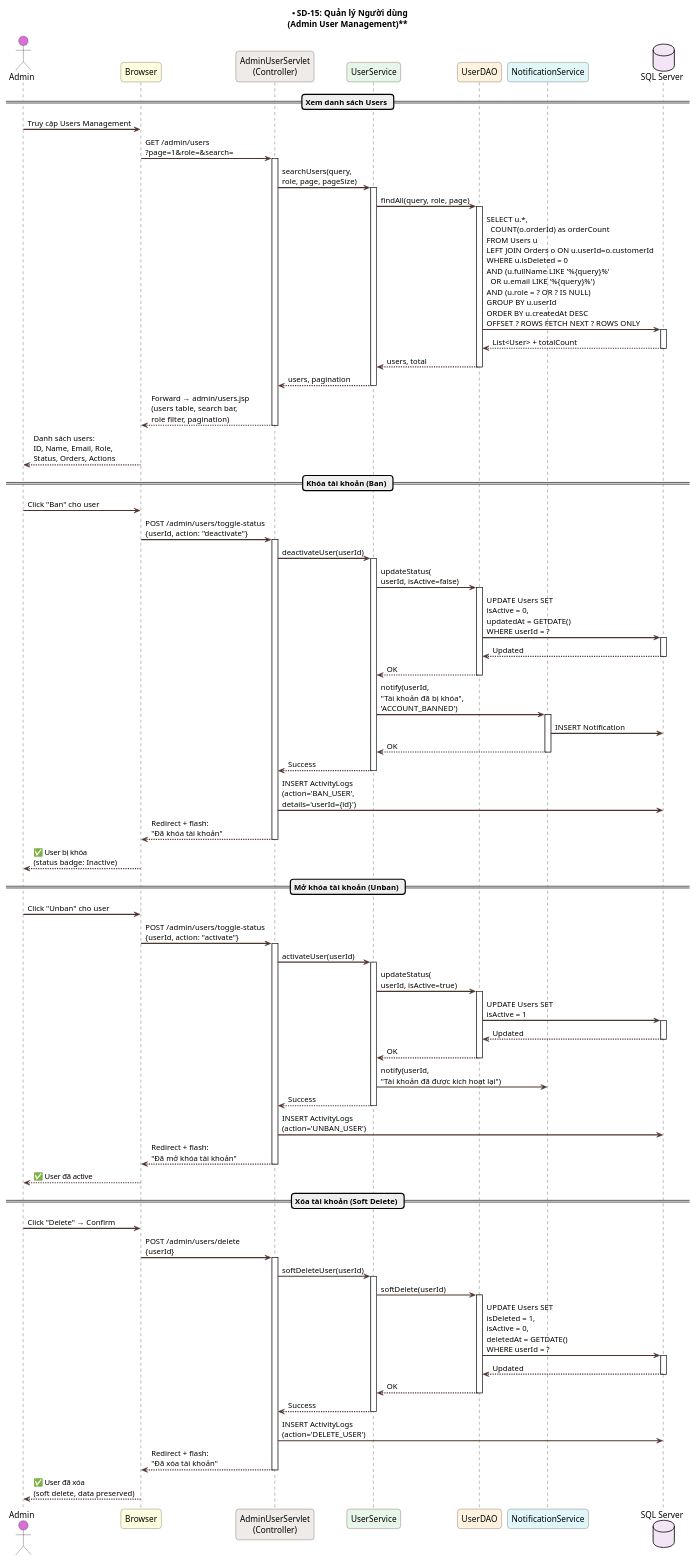
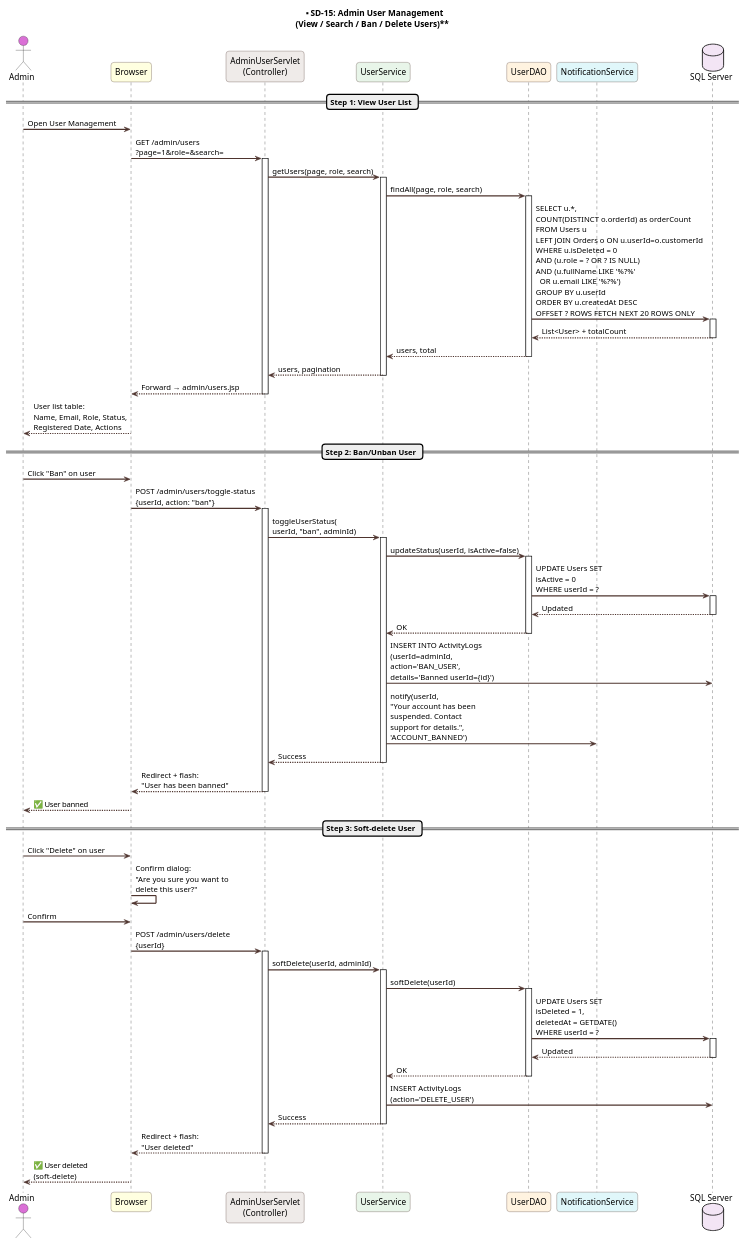
Before and after one commit to dghoang/PRJ301_GROUP7_SELLING_TICKET: the diagram in SellingTicketJava/docs/diagrams/SD_15_AdminUserManagement.puml, drawn with PlantUML. The commit also changed 62 other files, not shown here.

```diff
--- a/SellingTicketJava/docs/diagrams/SD_15_AdminUserManagement.puml
+++ b/SellingTicketJava/docs/diagrams/SD_15_AdminUserManagement.puml
@@ -1,125 +1,103 @@
 @startuml SD_15_AdminUserManagement
 ' ============================================================
-' SEQUENCE DIAGRAM - Quản lý Người dùng (Admin)
-' FR-42: Admin xem, tìm kiếm, khóa/mở khóa, xóa user
+' SEQUENCE DIAGRAM - Admin User Management
+' FR-42~FR-44: CRUD Users + Ban/Unban + Search/Filter
 ' ============================================================
 
-title **SD-15: Quản lý Người dùng\n(Admin User Management)**
+title **SD-15: Admin User Management\n(View / Search / Ban / Delete Users)**
 
 skinparam sequenceArrowThickness 2
 skinparam roundcorner 10
 skinparam sequence {
     ParticipantBackgroundColor #EFEBE9
     ParticipantBorderColor #4E342E
     ArrowColor #4E342E
 }
 
 actor "Admin" as Admin #Orchid
 participant "Browser" as Browser #LightYellow
 participant "AdminUserServlet\n(Controller)" as Controller #EFEBE9
 participant "UserService" as Service #E8F5E9
 participant "UserDAO" as DAO #FFF3E0
 participant "NotificationService" as NotifSvc #E0F7FA
 database "SQL Server" as DB #F3E5F5
 
-== Xem danh sách Users ==
+== Step 1: View User List ==
 
-Admin -> Browser: Truy cập Users Management
+Admin -> Browser: Open User Management
 Browser -> Controller: GET /admin/users\n?page=1&role=&search=
 activate Controller
-
-Controller -> Service: searchUsers(query,\nrole, page, pageSize)
+Controller -> Service: getUsers(page, role, search)
 activate Service
-Service -> DAO: findAll(query, role, page)
+Service -> DAO: findAll(page, role, search)
 activate DAO
-DAO -> DB: SELECT u.*, \n  COUNT(o.orderId) as orderCount\nFROM Users u\nLEFT JOIN Orders o ON u.userId=o.customerId\nWHERE u.isDeleted = 0\nAND (u.fullName LIKE '%{query}%'\n  OR u.email LIKE '%{query}%')\nAND (u.role = ? OR ? IS NULL)\nGROUP BY u.userId\nORDER BY u.createdAt DESC\nOFFSET ? ROWS FETCH NEXT ? ROWS ONLY
+DAO -> DB: SELECT u.*, \nCOUNT(DISTINCT o.orderId) as orderCount\nFROM Users u\nLEFT JOIN Orders o ON u.userId=o.customerId\nWHERE u.isDeleted = 0\nAND (u.role = ? OR ? IS NULL)\nAND (u.fullName LIKE '%?%'\n  OR u.email LIKE '%?%')\nGROUP BY u.userId\nORDER BY u.createdAt DESC\nOFFSET ? ROWS FETCH NEXT 20 ROWS ONLY
 activate DB
 DB --> DAO: List<User> + totalCount
 deactivate DB
 DAO --> Service: users, total
 deactivate DAO
 Service --> Controller: users, pagination
 deactivate Service
+Controller --> Browser: Forward → admin/users.jsp
+deactivate Controller
+Browser --> Admin: User list table:\nName, Email, Role, Status,\nRegistered Date, Actions
 
-Controller --> Browser: Forward → admin/users.jsp\n(users table, search bar,\nrole filter, pagination)
-deactivate Controller
-Browser --> Admin: Danh sách users:\nID, Name, Email, Role,\nStatus, Orders, Actions
+== Step 2: Ban/Unban User ==
 
-== Khóa tài khoản (Ban) ==
-
-Admin -> Browser: Click "Ban" cho user
-Browser -> Controller: POST /admin/users/toggle-status\n{userId, action: "deactivate"}
+Admin -> Browser: Click "Ban" on user
+Browser -> Controller: POST /admin/users/toggle-status\n{userId, action: "ban"}
 activate Controller
 
-Controller -> Service: deactivateUser(userId)
+Controller -> Service: toggleUserStatus(\nuserId, "ban", adminId)
 activate Service
-Service -> DAO: updateStatus(\nuserId, isActive=false)
+
+Service -> DAO: updateStatus(userId, isActive=false)
 activate DAO
-DAO -> DB: UPDATE Users SET\nisActive = 0,\nupdatedAt = GETDATE()\nWHERE userId = ?
+DAO -> DB: UPDATE Users SET\nisActive = 0\nWHERE userId = ?
 activate DB
 DB --> DAO: Updated
 deactivate DB
 DAO --> Service: OK
 deactivate DAO
 
-Service -> NotifSvc: notify(userId,\n"Tài khoản đã bị khóa",\n'ACCOUNT_BANNED')
-activate NotifSvc
-NotifSvc -> DB: INSERT Notification
-NotifSvc --> Service: OK
-deactivate NotifSvc
+' --- Activity Log ---
+Service -> DB: INSERT INTO ActivityLogs\n(userId=adminId,\naction='BAN_USER',\ndetails='Banned userId={id}')
+
+' --- Notify User ---
+Service -> NotifSvc: notify(userId,\n"Your account has been\nsuspended. Contact\nsupport for details.",\n'ACCOUNT_BANNED')
 
 Service --> Controller: Success
 deactivate Service
+Controller --> Browser: Redirect + flash:\n"User has been banned"
+deactivate Controller
+Browser --> Admin: ✅ User banned
 
-Controller -> DB: INSERT ActivityLogs\n(action='BAN_USER',\ndetails='userId={id}')
+== Step 3: Soft-delete User ==
 
-Controller --> Browser: Redirect + flash:\n"Đã khóa tài khoản"
-deactivate Controller
-Browser --> Admin: ✅ User bị khóa\n(status badge: Inactive)
+Admin -> Browser: Click "Delete" on user
+Browser -> Browser: Confirm dialog:\n"Are you sure you want to\ndelete this user?"
+Admin -> Browser: Confirm
+Browser -> Controller: POST /admin/users/delete\n{userId}
+activate Controller
 
-== Mở khóa tài khoản (Unban) ==
-
-Admin -> Browser: Click "Unban" cho user
-Browser -> Controller: POST /admin/users/toggle-status\n{userId, action: "activate"}
-activate Controller
-Controller -> Service: activateUser(userId)
+Controller -> Service: softDelete(userId, adminId)
 activate Service
-Service -> DAO: updateStatus(\nuserId, isActive=true)
+Service -> DAO: softDelete(userId)
 activate DAO
-DAO -> DB: UPDATE Users SET\nisActive = 1
+DAO -> DB: UPDATE Users SET\nisDeleted = 1,\ndeletedAt = GETDATE()\nWHERE userId = ?
 activate DB
 DB --> DAO: Updated
 deactivate DB
 DAO --> Service: OK
 deactivate DAO
-Service -> NotifSvc: notify(userId,\n"Tài khoản đã được kích hoạt lại")
+
+Service -> DB: INSERT ActivityLogs\n(action='DELETE_USER')
+
 Service --> Controller: Success
 deactivate Service
-Controller -> DB: INSERT ActivityLogs\n(action='UNBAN_USER')
-Controller --> Browser: Redirect + flash:\n"Đã mở khóa tài khoản"
+Controller --> Browser: Redirect + flash:\n"User deleted"
 deactivate Controller
-Browser --> Admin: ✅ User đã active
-
-== Xóa tài khoản (Soft Delete) ==
-
-Admin -> Browser: Click "Delete" → Confirm
-Browser -> Controller: POST /admin/users/delete\n{userId}
-activate Controller
-Controller -> Service: softDeleteUser(userId)
-activate Service
-Service -> DAO: softDelete(userId)
-activate DAO
-DAO -> DB: UPDATE Users SET\nisDeleted = 1,\nisActive = 0,\ndeletedAt = GETDATE()\nWHERE userId = ?
-activate DB
-DB --> DAO: Updated
-deactivate DB
-DAO --> Service: OK
-deactivate DAO
-Service --> Controller: Success
-deactivate Service
-Controller -> DB: INSERT ActivityLogs\n(action='DELETE_USER')
-Controller --> Browser: Redirect + flash:\n"Đã xóa tài khoản"
-deactivate Controller
-Browser --> Admin: ✅ User đã xóa\n(soft delete, data preserved)
+Browser --> Admin: ✅ User deleted\n(soft-delete)
 
 @enduml
```
